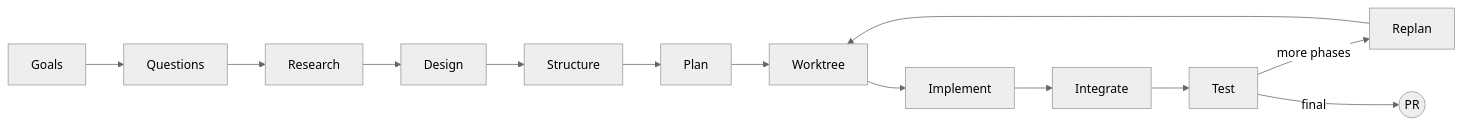
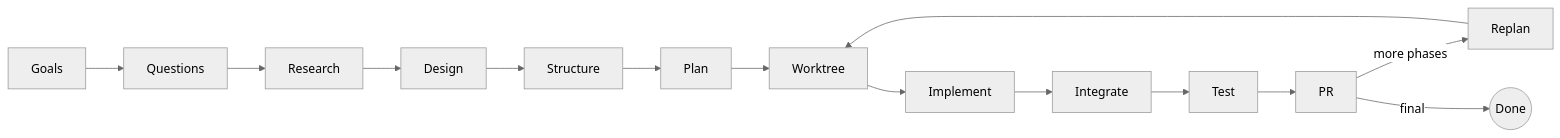
The second of 14 diagrams in README.md (dfrysinger/qrspi-plus), drawn with Mermaid (neutral theme) before and after one commit. The commit also changed other lines of this file and 2 other files, not shown here.

Commit message:
feat: create PR after every phase, not just final

````diff
--- a/README.md
+++ b/README.md
@@ -38,15 +39,16 @@
 ```mermaid
 flowchart LR
     G[Goals] --> Q[Questions]
     Q --> R[Research]
     R --> D[Design]
     D --> S[Structure]
     S --> P[Plan]
     P --> W[Worktree]
     W --> I[Implement]
     I --> Int[Integrate]
     Int --> T[Test]
-    T -->|more phases| Re[Replan]
+    T --> PR[PR]
+    PR -->|more phases| Re[Replan]
     Re --> W
-    T -->|final| PR((PR))
+    PR -->|final| Done((Done))
 ```
````
